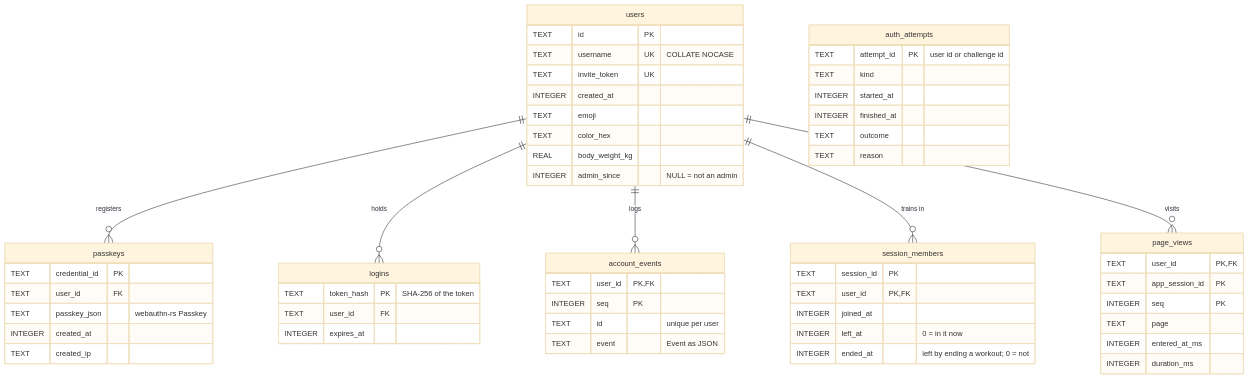
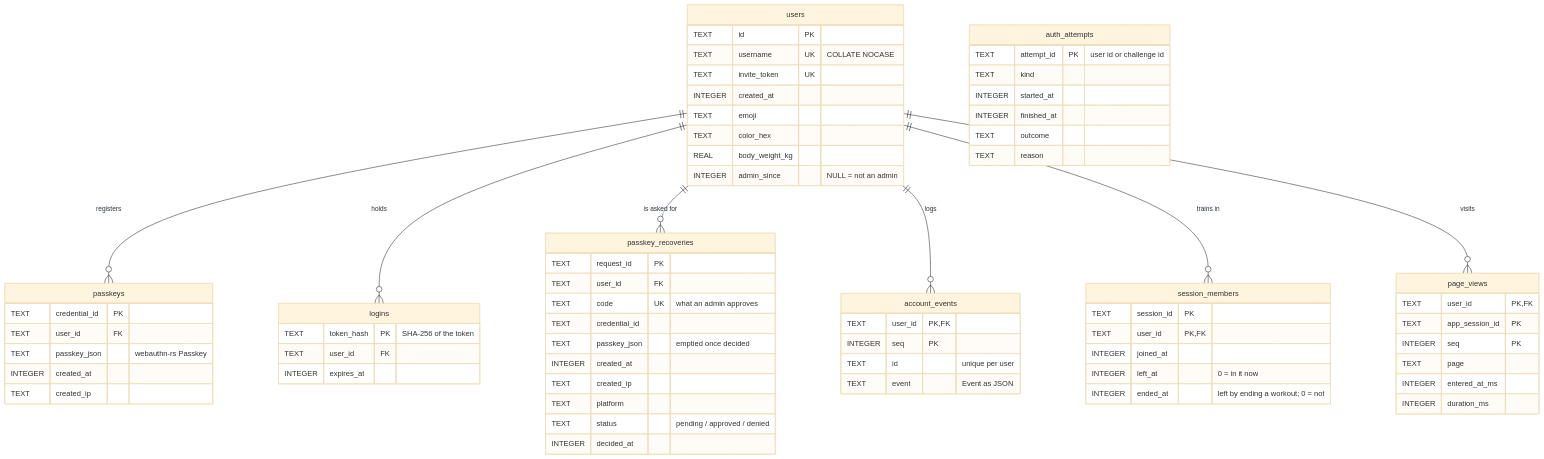
The third of 3 diagrams in docs/architecture/data-model.md (brensch/lift), drawn with Mermaid (base theme) before and after one commit. The commit also changed other lines of this file and 56 other files, not shown here.

First line of the commit message:
Passkey recovery, sign-in fixes, admin training stats, passkeys in the debug app

````diff
--- a/docs/architecture/data-model.md
+++ b/docs/architecture/data-model.md
@@ -214,60 +214,73 @@
 ```mermaid
 erDiagram
     users ||--o{ passkeys : "registers"
     users ||--o{ logins : "holds"
+    users ||--o{ passkey_recoveries : "is asked for"
     users ||--o{ account_events : "logs"
     users ||--o{ session_members : "trains in"
     users ||--o{ page_views : "visits"
 
     users {
         TEXT id PK
         TEXT username UK "COLLATE NOCASE"
         TEXT invite_token UK
         INTEGER created_at
         TEXT emoji
         TEXT color_hex
         REAL body_weight_kg
         INTEGER admin_since "NULL = not an admin"
     }
     passkeys {
         TEXT credential_id PK
         TEXT user_id FK
         TEXT passkey_json "webauthn-rs Passkey"
         INTEGER created_at
         TEXT created_ip
     }
     logins {
         TEXT token_hash PK "SHA-256 of the token"
         TEXT user_id FK
         INTEGER expires_at
+    }
+    passkey_recoveries {
+        TEXT request_id PK
+        TEXT user_id FK
+        TEXT code UK "what an admin approves"
+        TEXT credential_id
+        TEXT passkey_json "emptied once decided"
+        INTEGER created_at
+        TEXT created_ip
+        TEXT platform
+        TEXT status "pending / approved / denied"
+        INTEGER decided_at
     }
     account_events {
         TEXT user_id PK, FK
         INTEGER seq PK
         TEXT id "unique per user"
         TEXT event "Event as JSON"
     }
     session_members {
         TEXT session_id PK
         TEXT user_id PK, FK
         INTEGER joined_at
         INTEGER left_at "0 = in it now"
         INTEGER ended_at "left by ending a workout; 0 = not"
     }
     page_views {
         TEXT user_id PK, FK
         TEXT app_session_id PK
         INTEGER seq PK
         TEXT page
         INTEGER entered_at_ms
         INTEGER duration_ms
     }
     auth_attempts {
         TEXT attempt_id PK "user id or challenge id"
         TEXT kind
         INTEGER started_at
         INTEGER finished_at
         TEXT outcome
         TEXT reason
     }
 ```
````
